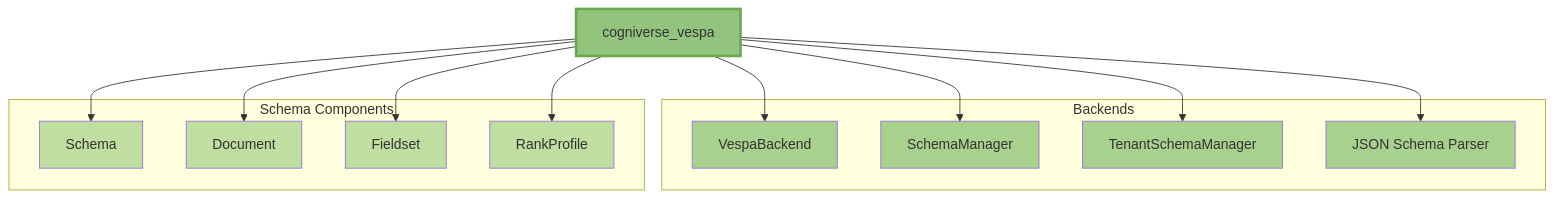
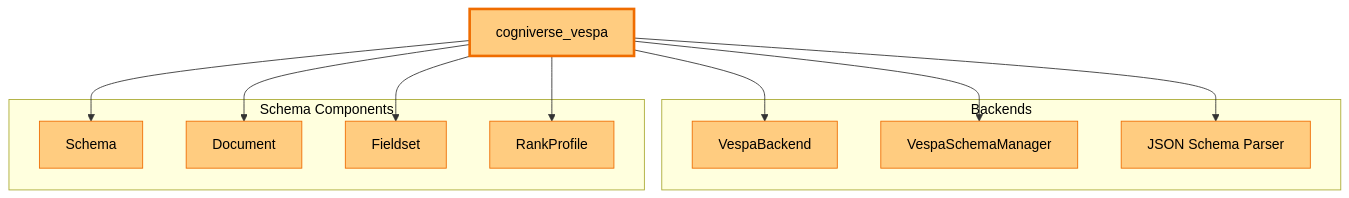
Before and after one commit to amit-jain/cogniverse: the seventh of 17 diagrams in docs/diagrams/sdk-architecture-diagrams.md, drawn with Mermaid. The commit also changed other lines of this file and 83 other files, not shown here.

First line of the commit message:
Fix documentation veracity, formatting, and diagrams across all modules

````diff
--- a/docs/diagrams/sdk-architecture-diagrams.md
+++ b/docs/diagrams/sdk-architecture-diagrams.md
@@ -378,37 +350,34 @@
 ```mermaid
-graph TB
-    VespaPkg[cogniverse_vespa]
+flowchart TB
+    VespaPkg["<span style='color:#000'>cogniverse_vespa</span>"]
 
-    subgraph "Backends"
-        VespaBackend[VespaBackend]
-        SchemaManager[SchemaManager]
-        TenantSchemaManager[TenantSchemaManager]
-        JSONParser[JSON Schema Parser]
+    subgraph BackendsSubg["<span style='color:#000'>Backends</span>"]
+        VespaBackend["<span style='color:#000'>VespaBackend</span>"]
+        VespaSchemaManager["<span style='color:#000'>VespaSchemaManager</span>"]
+        JSONParser["<span style='color:#000'>JSON Schema Parser</span>"]
     end
 
-    subgraph "Schema Components"
-        Schema[Schema]
-        Document[Document]
-        Fieldset[Fieldset]
-        RankProfile[RankProfile]
+    subgraph SchemaComponents["<span style='color:#000'>Schema Components</span>"]
+        Schema["<span style='color:#000'>Schema</span>"]
+        Document["<span style='color:#000'>Document</span>"]
+        Fieldset["<span style='color:#000'>Fieldset</span>"]
+        RankProfile["<span style='color:#000'>RankProfile</span>"]
     end
 
     VespaPkg --> VespaBackend
-    VespaPkg --> SchemaManager
-    VespaPkg --> TenantSchemaManager
+    VespaPkg --> VespaSchemaManager
     VespaPkg --> JSONParser
     VespaPkg --> Schema
     VespaPkg --> Document
     VespaPkg --> Fieldset
     VespaPkg --> RankProfile
 
-    style VespaPkg fill:#93C47D,stroke:#6AA84F,stroke-width:3px
-    style VespaBackend fill:#A9D18E
-    style SchemaManager fill:#A9D18E
-    style TenantSchemaManager fill:#A9D18E
-    style JSONParser fill:#A9D18E
-    style Schema fill:#BFDE9F
-    style Document fill:#BFDE9F
-    style Fieldset fill:#BFDE9F
-    style RankProfile fill:#BFDE9F
+    style VespaPkg fill:#ffcc80,stroke:#ef6c00,stroke-width:3px,color:#000
+    style VespaBackend fill:#ffcc80,stroke:#ef6c00,color:#000
+    style VespaSchemaManager fill:#ffcc80,stroke:#ef6c00,color:#000
+    style JSONParser fill:#ffcc80,stroke:#ef6c00,color:#000
+    style Schema fill:#ffcc80,stroke:#ef6c00,color:#000
+    style Document fill:#ffcc80,stroke:#ef6c00,color:#000
+    style Fieldset fill:#ffcc80,stroke:#ef6c00,color:#000
+    style RankProfile fill:#ffcc80,stroke:#ef6c00,color:#000
 ```
````
